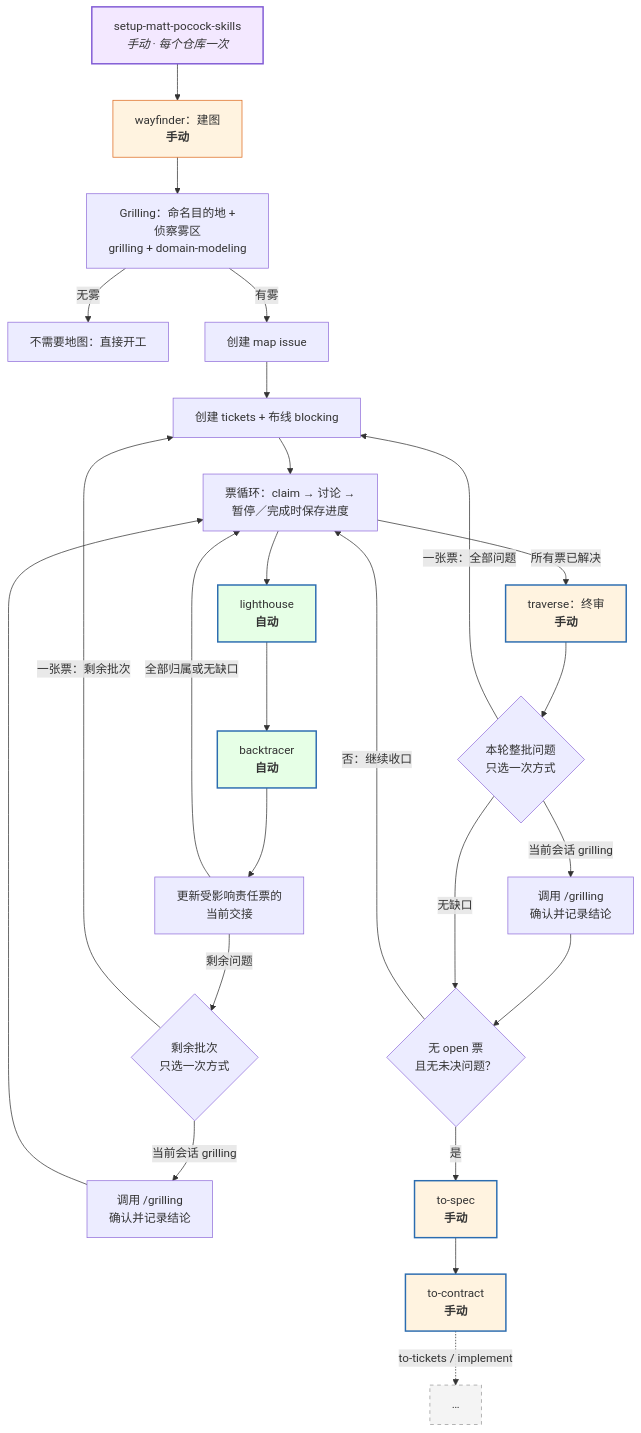
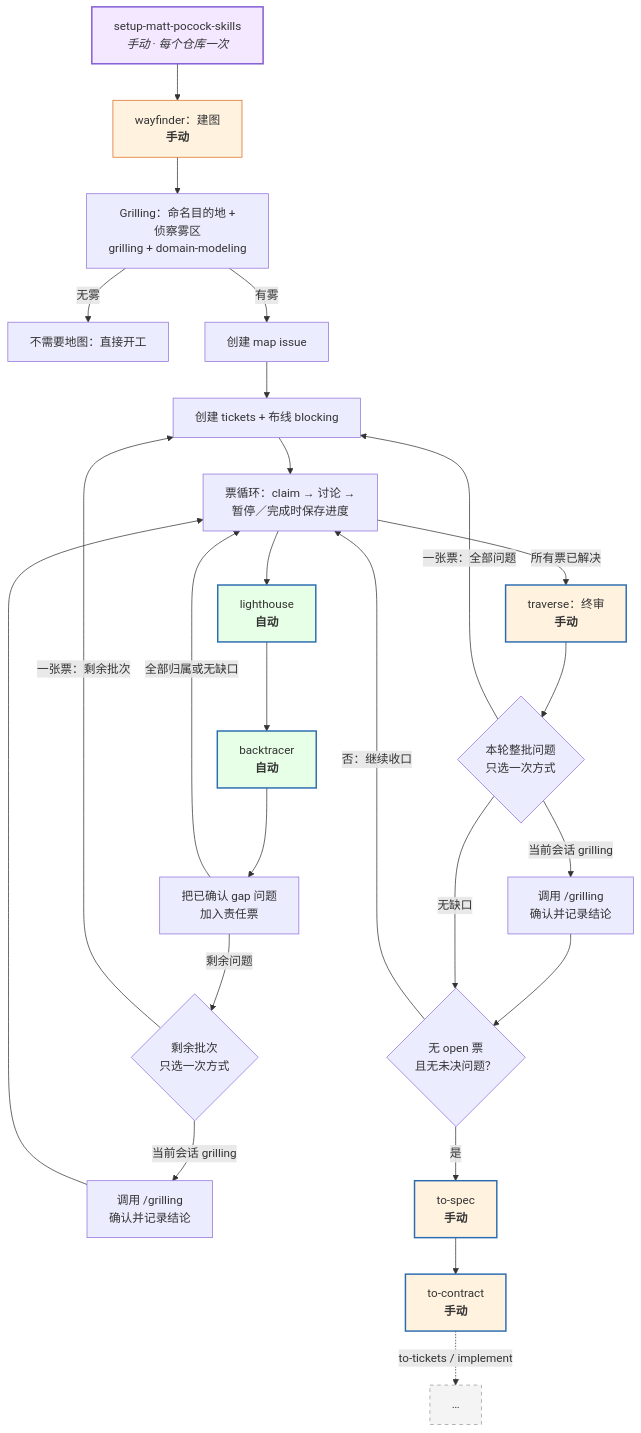
Before and after one commit to hugosol/oh-my-wayfinder: the first of 2 diagrams in README.cn.md, drawn with Mermaid. The commit also changed other lines of this file and 6 other files, not shown here.

````diff
--- a/README.cn.md
+++ b/README.cn.md
@@ -65,36 +65,36 @@
 ```mermaid
 flowchart TD
     S["setup-matt-pocock-skills<br/><i>手动 · 每个仓库一次</i>"] --> W["wayfinder：建图<br/><b>手动</b>"]
     W --> G["Grilling：命名目的地 +<br/>侦察雾区<br/>grilling + domain-modeling"]
     G -->|"无雾"| N["不需要地图：直接开工"]
     G -->|"有雾"| M["创建 map issue"]
     M --> T["创建 tickets + 布线 blocking"]
     T --> L["票循环：claim → 讨论 →<br/>暂停／完成时保存进度"]
     L --> LH["lighthouse<br/><b>自动</b>"]
     LH --> BT["backtracer<br/><b>自动</b>"]
-    BT --> OWN["更新受影响责任票的<br/>当前交接"]
+    BT --> OWN["把已确认 gap 问题<br/>加入责任票"]
     OWN -->|"剩余问题"| CG{"剩余批次<br/>只选一次方式"}
     OWN -->|"全部归属或无缺口"| L
     CG -->|"一张票：剩余批次"| T
     CG -->|"当前会话 grilling"| BG["调用 /grilling<br/>确认并记录结论"]
     BG --> L
     L -->|"所有票已解决"| TR["traverse：终审<br/><b>手动</b>"]
     TR --> CG2{"本轮整批问题<br/>只选一次方式"}
     CG2 -->|"一张票：全部问题"| T
     CG2 -->|"当前会话 grilling"| TG["调用 /grilling<br/>确认并记录结论"]
     TG --> R{"无 open 票<br/>且无未决问题？"}
     R -->|"是"| TS["to-spec<br/><b>手动</b>"]
     R -->|"否：继续收口"| L
     CG2 -->|"无缺口"| R
     TS --> TC["to-contract<br/><b>手动</b>"]
     TC -.->|"to-tickets / implement"| X["…"]
 
     style LH fill:#e6ffe6,stroke:#2b6cb0,stroke-width:2px
     style BT fill:#e6ffe6,stroke:#2b6cb0,stroke-width:2px
     style TR fill:#fff3e0,stroke:#2b6cb0,stroke-width:2px
     style W fill:#fff3e0,stroke:#dd6b20
     style S fill:#f3e8ff,stroke:#805ad5,stroke-width:2px
     style TS fill:#fff3e0,stroke:#2b6cb0,stroke-width:2px
     style TC fill:#fff3e0,stroke:#2b6cb0,stroke-width:2px
     style X fill:#f4f4f4,stroke:#999,stroke-dasharray:5 5
 ```
````
